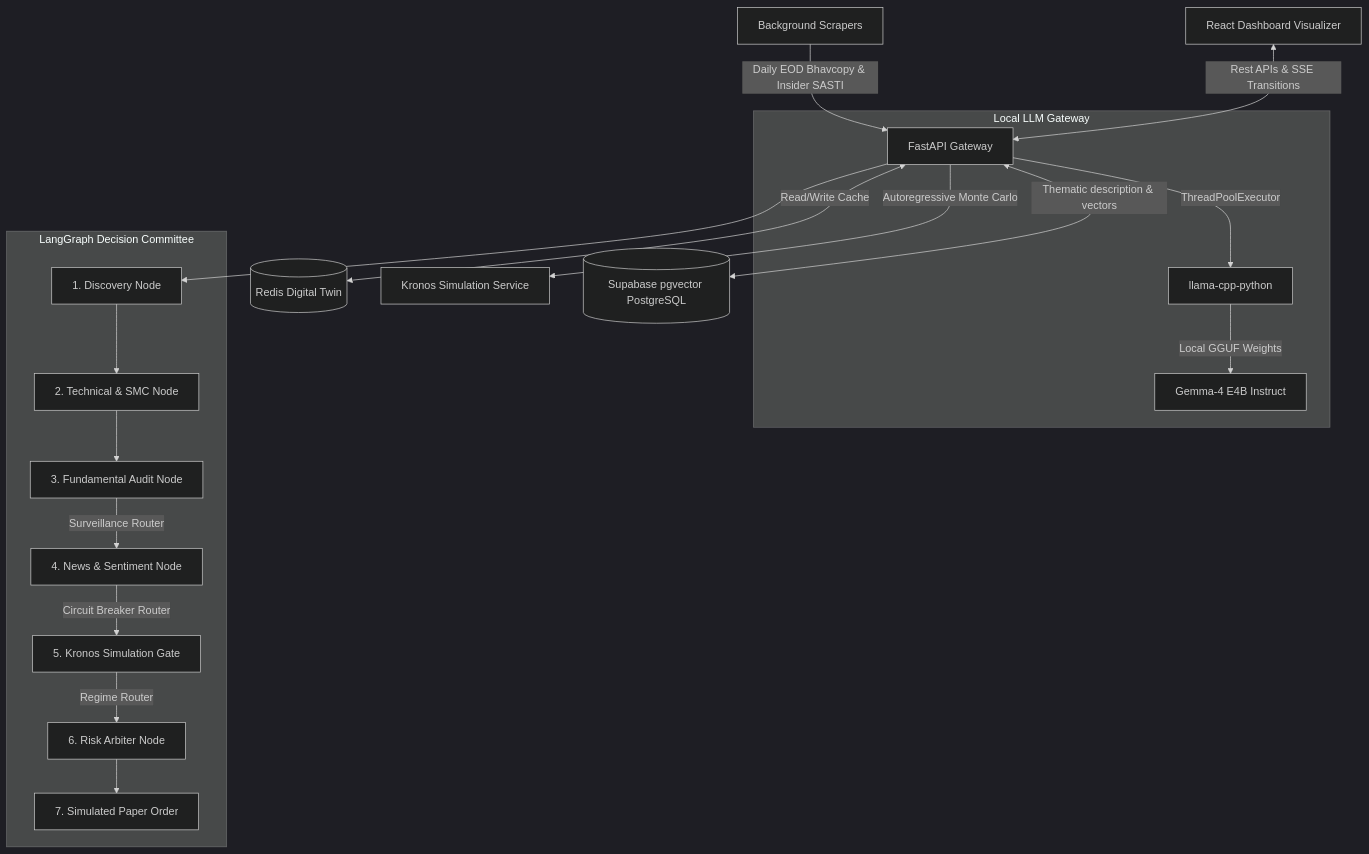
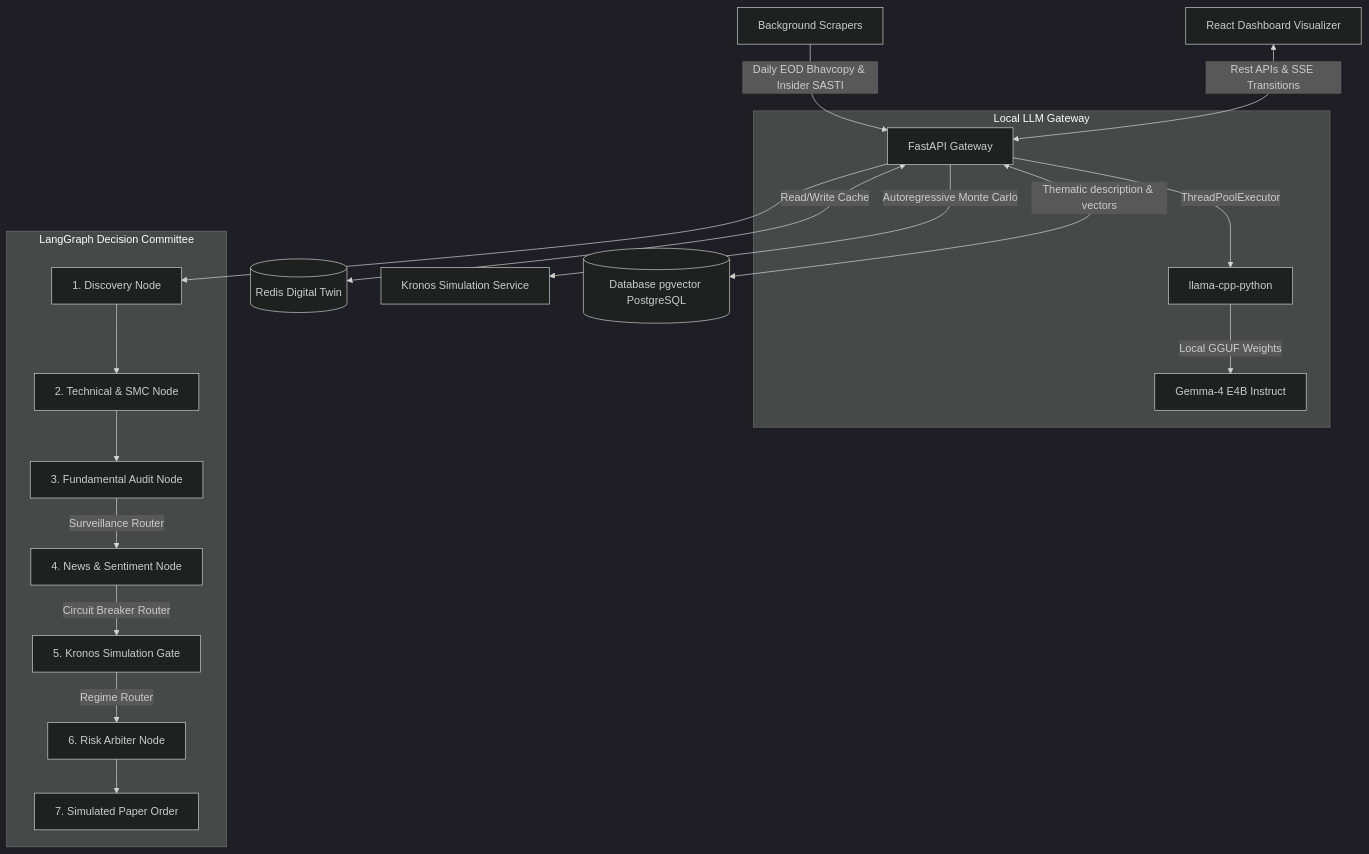
Before and after one commit to akdey/Echo: the diagram in README.md, drawn with Mermaid (dark theme). The commit also changed other lines of this file and 1 other file, not shown here.

Commit message:
docs: remove remaining Supabase configurations and references from env, env example, and readme

````diff
--- a/README.md
+++ b/README.md
@@ -424,23 +423,23 @@
 ```mermaid
 graph TD
     A[Background Scrapers] -->|Daily EOD Bhavcopy & Insider SASTI| D[FastAPI Gateway]
     C[React Dashboard Visualizer] <-->|Rest APIs & SSE Transitions| D
     D <-->|Read/Write Cache| B[(Redis Digital Twin)]
     D -->|Autoregressive Monte Carlo| E[Kronos Simulation Service]
-    D <-->|Thematic description & vectors| H[(Supabase pgvector PostgreSQL)]
+    D <-->|Thematic description & vectors| H[(Database pgvector PostgreSQL)]
     
     subgraph Local LLM Gateway
         D -->|ThreadPoolExecutor| F[llama-cpp-python]
         F -->|Local GGUF Weights| G[Gemma-4 E4B Instruct]
     end
     
     subgraph LangGraph Decision Committee
         D --> I[1. Discovery Node]
         I --> J[2. Technical & SMC Node]
         J --> K[3. Fundamental Audit Node]
         K -->|Surveillance Router| L[4. News & Sentiment Node]
         L -->|Circuit Breaker Router| M[5. Kronos Simulation Gate]
         M -->|Regime Router| N[6. Risk Arbiter Node]
         N --> O[7. Simulated Paper Order]
     end
 ```
````
